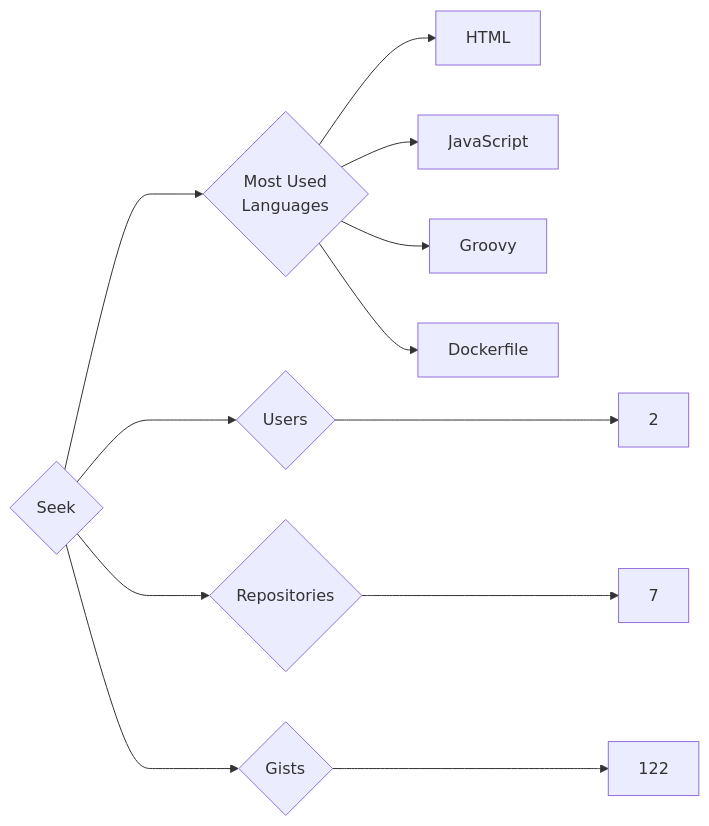
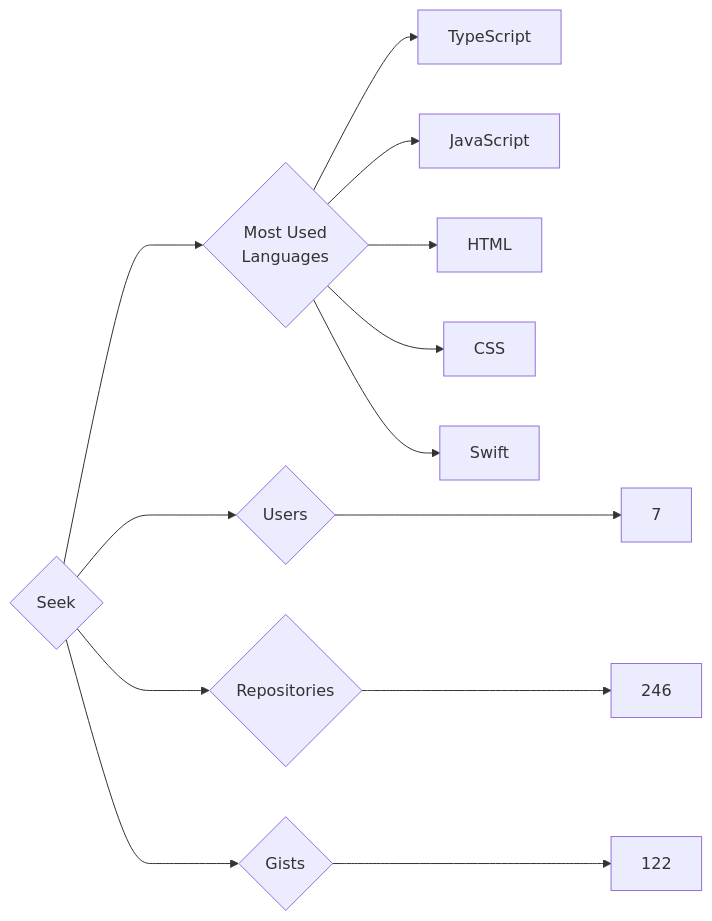
Before and after one commit to trickest/insiders: the diagram in targets/Seek/README.md, drawn with Mermaid. The commit also changed 725 other files, not shown here.

````diff
--- a/targets/Seek/README.md
+++ b/targets/Seek/README.md
@@ -3,12 +3,13 @@
 ```mermaid
 graph LR
 COMPANY_NAME{Seek}
-COMPANY_NAME ---> U{Users} ---> UN[2]
-COMPANY_NAME ---> R{Repositories} ---> RN[7]
+COMPANY_NAME ---> U{Users} ---> UN[7]
+COMPANY_NAME ---> R{Repositories} ---> RN[246]
 COMPANY_NAME ---> G{Gists} ---> GN[122]
 COMPANY_NAME ---> ML{Most Used<br>Languages}
+ML --> TypeScript[TypeScript]
+ML --> JavaScript[JavaScript]
 ML --> HTML[HTML]
-ML --> JavaScript[JavaScript]
-ML --> Groovy[Groovy]
-ML --> Dockerfile[Dockerfile]
+ML --> CSS[CSS]
+ML --> Swift[Swift]
 ```
````
